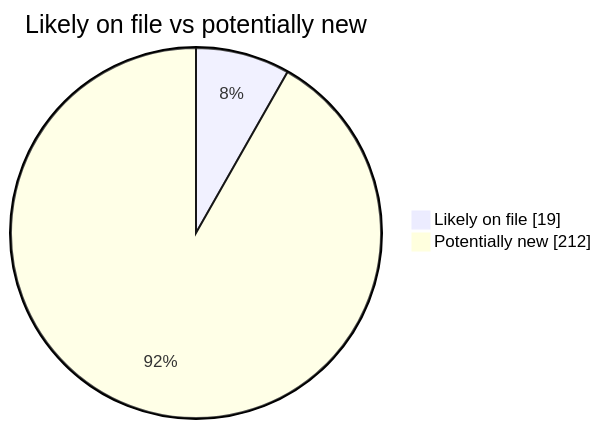
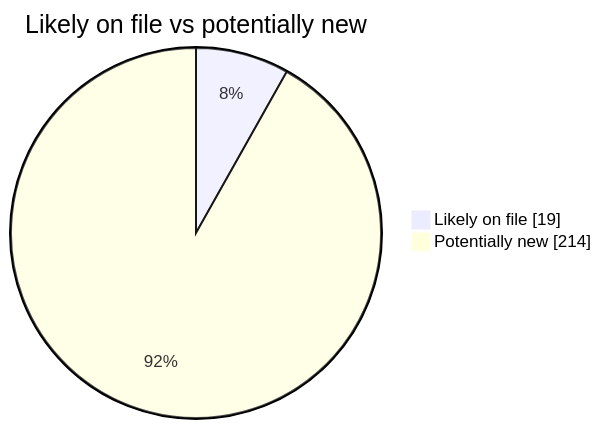
Before and after one commit to martinbalfanz/social-scanner-reports: the second of 4 diagrams in README.md, drawn with Mermaid. The commit also changed other lines of this file and 2 other files, not shown here.

````diff
--- a/README.md
+++ b/README.md
@@ -40,5 +40,5 @@
 ```mermaid
 pie showData title Likely on file vs potentially new
     "Likely on file" : 19
-    "Potentially new" : 212
+    "Potentially new" : 214
 ```
````
